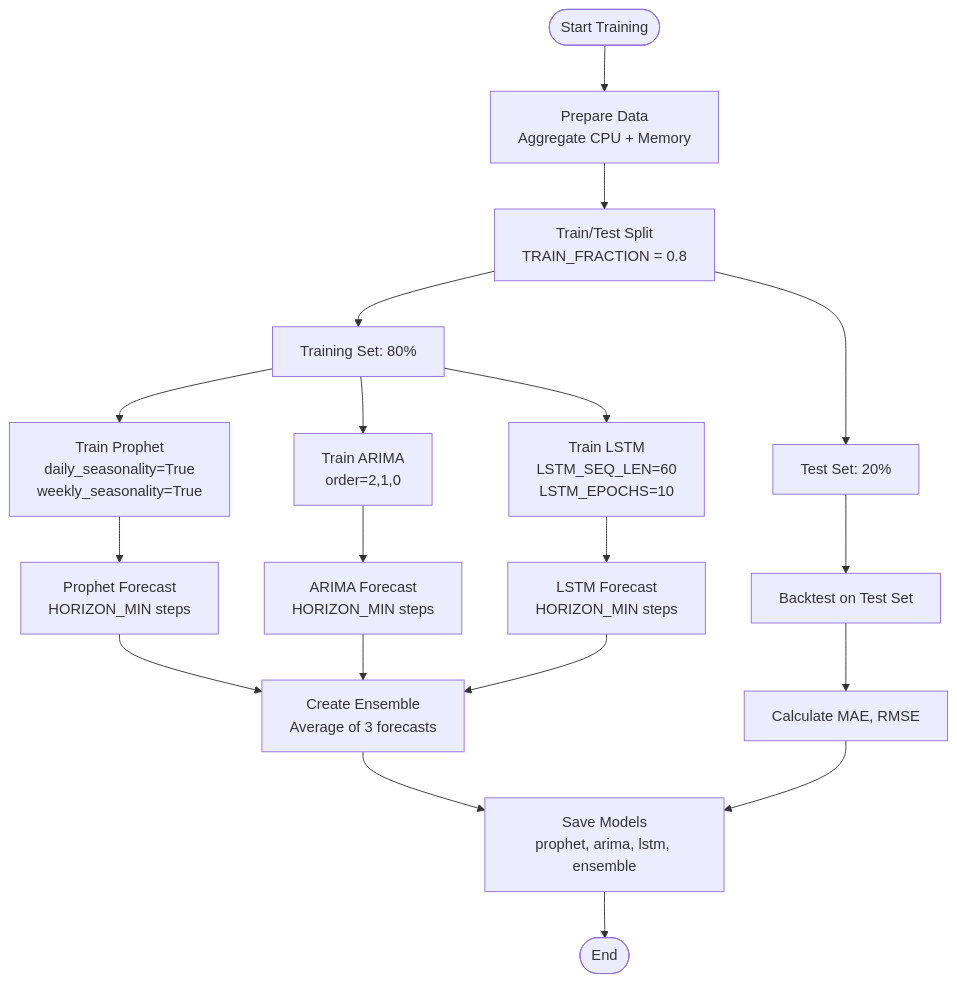
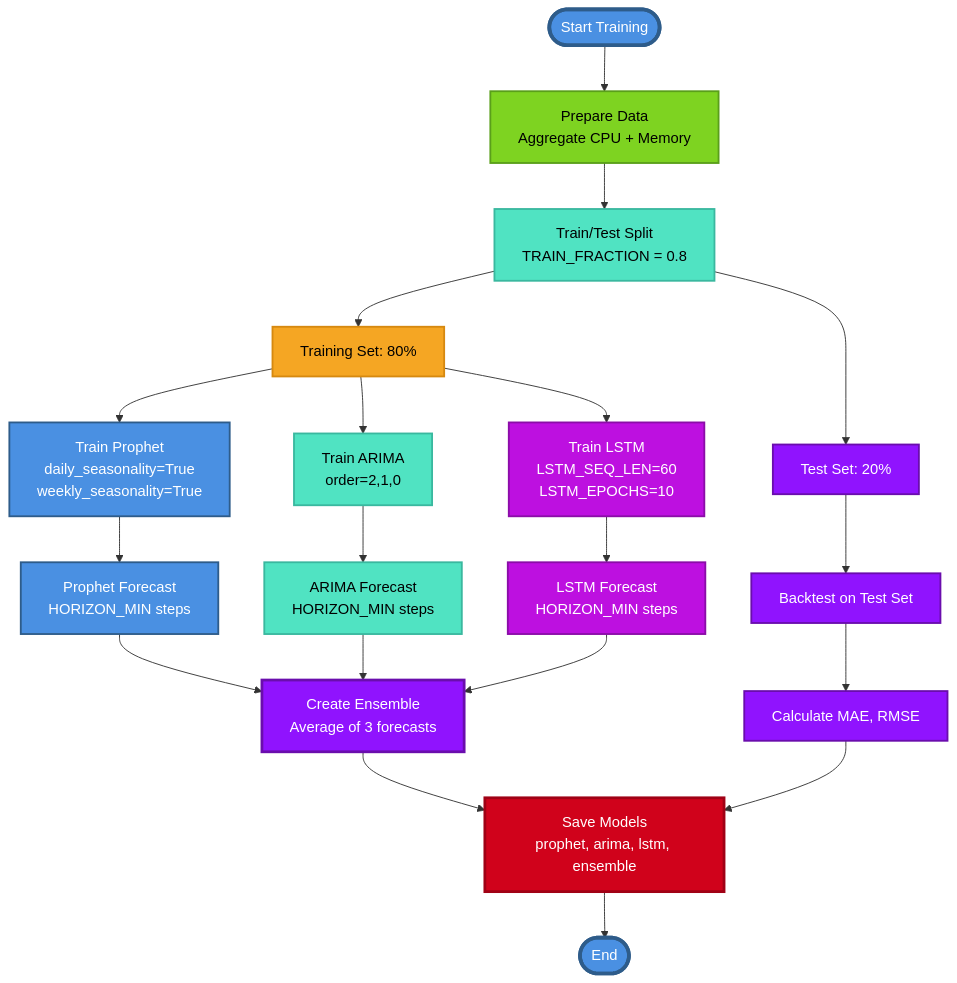
One commit to k8sautom8/metrics-ml changed the fourth of 11 diagrams in Docs/VISUAL_ARCHITECTURE_GUIDE.md. Above: the diagram before and after it, drawn with Mermaid. The commit also changed other lines of this file, not shown here.

````diff
--- a/Docs/VISUAL_ARCHITECTURE_GUIDE.md
+++ b/Docs/VISUAL_ARCHITECTURE_GUIDE.md
@@ -239,29 +307,52 @@
 ```mermaid
 flowchart TD
     Start([Start Training]) --> DataPrep[Prepare Data<br/>Aggregate CPU + Memory]
     
     DataPrep --> Split[Train/Test Split<br/>TRAIN_FRACTION = 0.8]
     
     Split --> TrainSet[Training Set: 80%]
     Split --> TestSet[Test Set: 20%]
     
     TrainSet --> Prophet[Train Prophet<br/>daily_seasonality=True<br/>weekly_seasonality=True]
     TrainSet --> ARIMA[Train ARIMA<br/>order=2,1,0]
     TrainSet --> LSTM[Train LSTM<br/>LSTM_SEQ_LEN=60<br/>LSTM_EPOCHS=10]
     
     Prophet --> PForecast[Prophet Forecast<br/>HORIZON_MIN steps]
     ARIMA --> AForecast[ARIMA Forecast<br/>HORIZON_MIN steps]
     LSTM --> LForecast[LSTM Forecast<br/>HORIZON_MIN steps]
     
     PForecast --> Ensemble[Create Ensemble<br/>Average of 3 forecasts]
     AForecast --> Ensemble
     LForecast --> Ensemble
     
     Ensemble --> Save[Save Models<br/>prophet, arima, lstm, ensemble]
     
     TestSet --> Backtest[Backtest on Test Set]
     Backtest --> Metrics[Calculate MAE, RMSE]
     Metrics --> Save
     
     Save --> End([End])
+    
+    classDef startEnd fill:#4A90E2,stroke:#2E5C8A,stroke-width:4px,color:#fff
+    classDef dataPrep fill:#7ED321,stroke:#5A9F1A,stroke-width:2px,color:#000
+    classDef split fill:#50E3C2,stroke:#3AB89F,stroke-width:2px,color:#000
+    classDef trainSet fill:#F5A623,stroke:#D68910,stroke-width:2px,color:#000
+    classDef testSet fill:#9013FE,stroke:#6A0DAD,stroke-width:2px,color:#fff
+    classDef prophet fill:#4A90E2,stroke:#2E5C8A,stroke-width:2px,color:#fff
+    classDef arima fill:#50E3C2,stroke:#3AB89F,stroke-width:2px,color:#000
+    classDef lstm fill:#BD10E0,stroke:#8B0DA8,stroke-width:2px,color:#fff
+    classDef ensemble fill:#9013FE,stroke:#6A0DAD,stroke-width:3px,color:#fff
+    classDef save fill:#D0021B,stroke:#A00115,stroke-width:3px,color:#fff
+    classDef backtest fill:#F5A623,stroke:#D68910,stroke-width:2px,color:#000
+    
+    class Start,End startEnd
+    class DataPrep dataPrep
+    class Split split
+    class TrainSet trainSet
+    class TestSet,Backtest,Metrics testSet
+    class Prophet,PForecast prophet
+    class ARIMA,AForecast arima
+    class LSTM,LForecast lstm
+    class Ensemble ensemble
+    class Save save
 ```
````
